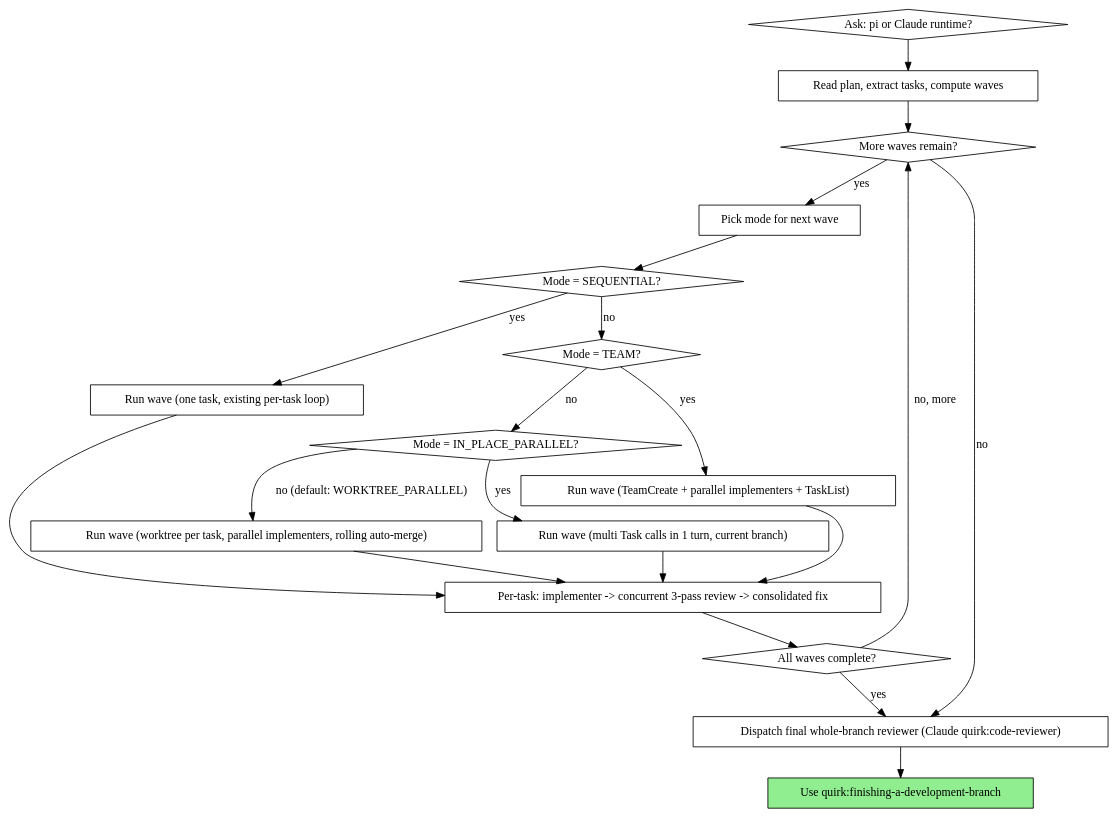
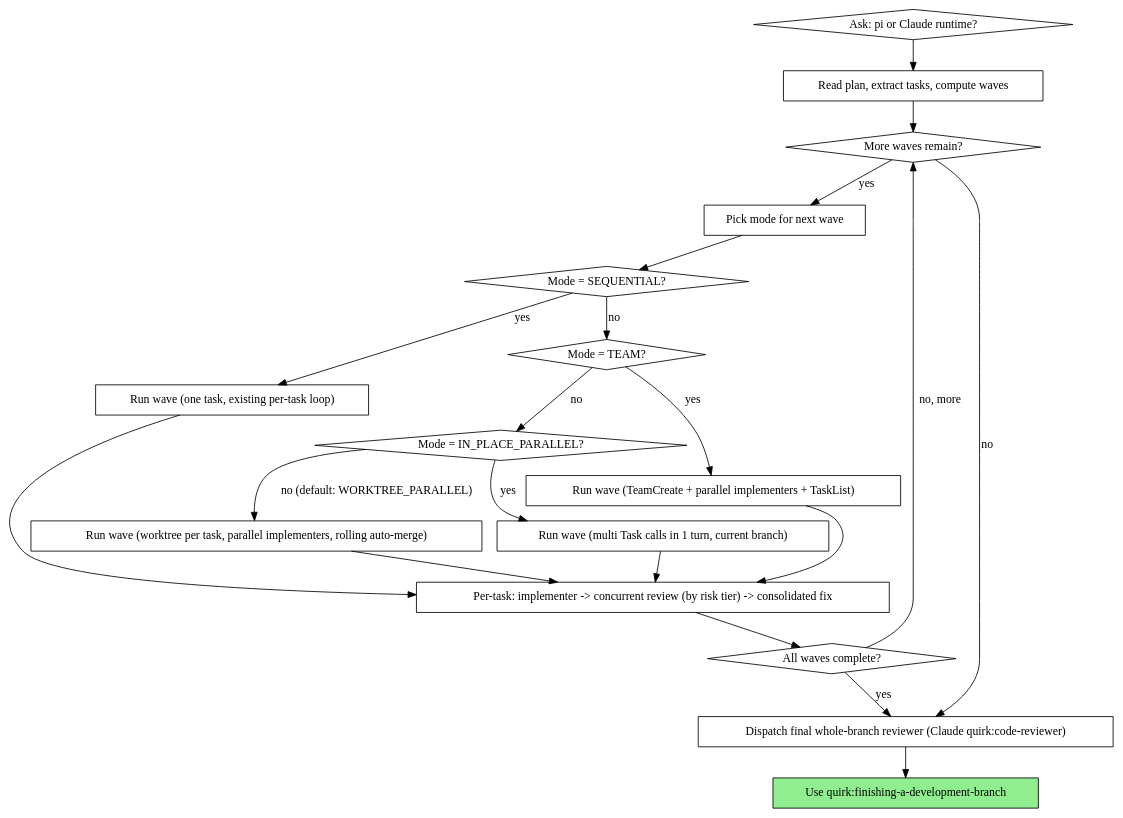
The second of 2 diagrams in skills/subagent-driven-development/SKILL.md (zpyoung/quirk), drawn with Graphviz before and after one commit. The commit also changed other lines of this file and 9 other files, not shown here.

````diff
--- a/skills/subagent-driven-development/SKILL.md
+++ b/skills/subagent-driven-development/SKILL.md
@@ -77,41 +81,41 @@
 ```dot
 digraph process {
     rankdir=TB;
 
     "Ask: pi or Claude runtime?" [shape=diamond];
     "Read plan, extract tasks, compute waves" [shape=box];
     "More waves remain?" [shape=diamond];
     "Pick mode for next wave" [shape=box];
     "Mode = SEQUENTIAL?" [shape=diamond];
     "Mode = TEAM?" [shape=diamond];
     "Mode = IN_PLACE_PARALLEL?" [shape=diamond];
     "Run wave (one task, existing per-task loop)" [shape=box];
     "Run wave (TeamCreate + parallel implementers + TaskList)" [shape=box];
     "Run wave (multi Task calls in 1 turn, current branch)" [shape=box];
     "Run wave (worktree per task, parallel implementers, rolling auto-merge)" [shape=box];
-    "Per-task: implementer -> concurrent 3-pass review -> consolidated fix" [shape=box];
+    "Per-task: implementer -> concurrent review (by risk tier) -> consolidated fix" [shape=box];
     "All waves complete?" [shape=diamond];
     "Dispatch final whole-branch reviewer (Claude quirk:code-reviewer)" [shape=box];
     "Use quirk:finishing-a-development-branch" [shape=box style=filled fillcolor=lightgreen];
 
     "Ask: pi or Claude runtime?" -> "Read plan, extract tasks, compute waves";
     "Read plan, extract tasks, compute waves" -> "More waves remain?";
     "More waves remain?" -> "Pick mode for next wave" [label="yes"];
     "More waves remain?" -> "Dispatch final whole-branch reviewer (Claude quirk:code-reviewer)" [label="no"];
     "Pick mode for next wave" -> "Mode = SEQUENTIAL?";
     "Mode = SEQUENTIAL?" -> "Run wave (one task, existing per-task loop)" [label="yes"];
     "Mode = SEQUENTIAL?" -> "Mode = TEAM?" [label="no"];
     "Mode = TEAM?" -> "Run wave (TeamCreate + parallel implementers + TaskList)" [label="yes"];
     "Mode = TEAM?" -> "Mode = IN_PLACE_PARALLEL?" [label="no"];
     "Mode = IN_PLACE_PARALLEL?" -> "Run wave (multi Task calls in 1 turn, current branch)" [label="yes"];
     "Mode = IN_PLACE_PARALLEL?" -> "Run wave (worktree per task, parallel implementers, rolling auto-merge)" [label="no (default: WORKTREE_PARALLEL)"];
-    "Run wave (one task, existing per-task loop)" -> "Per-task: implementer -> concurrent 3-pass review -> consolidated fix";
-    "Run wave (TeamCreate + parallel implementers + TaskList)" -> "Per-task: implementer -> concurrent 3-pass review -> consolidated fix";
-    "Run wave (multi Task calls in 1 turn, current branch)" -> "Per-task: implementer -> concurrent 3-pass review -> consolidated fix";
-    "Run wave (worktree per task, parallel implementers, rolling auto-merge)" -> "Per-task: implementer -> concurrent 3-pass review -> consolidated fix";
-    "Per-task: implementer -> concurrent 3-pass review -> consolidated fix" -> "All waves complete?";
+    "Run wave (one task, existing per-task loop)" -> "Per-task: implementer -> concurrent review (by risk tier) -> consolidated fix";
+    "Run wave (TeamCreate + parallel implementers + TaskList)" -> "Per-task: implementer -> concurrent review (by risk tier) -> consolidated fix";
+    "Run wave (multi Task calls in 1 turn, current branch)" -> "Per-task: implementer -> concurrent review (by risk tier) -> consolidated fix";
+    "Run wave (worktree per task, parallel implementers, rolling auto-merge)" -> "Per-task: implementer -> concurrent review (by risk tier) -> consolidated fix";
+    "Per-task: implementer -> concurrent review (by risk tier) -> consolidated fix" -> "All waves complete?";
     "All waves complete?" -> "More waves remain?" [label="no, more"];
     "All waves complete?" -> "Dispatch final whole-branch reviewer (Claude quirk:code-reviewer)" [label="yes"];
     "Dispatch final whole-branch reviewer (Claude quirk:code-reviewer)" -> "Use quirk:finishing-a-development-branch";
 }
 ```
````
